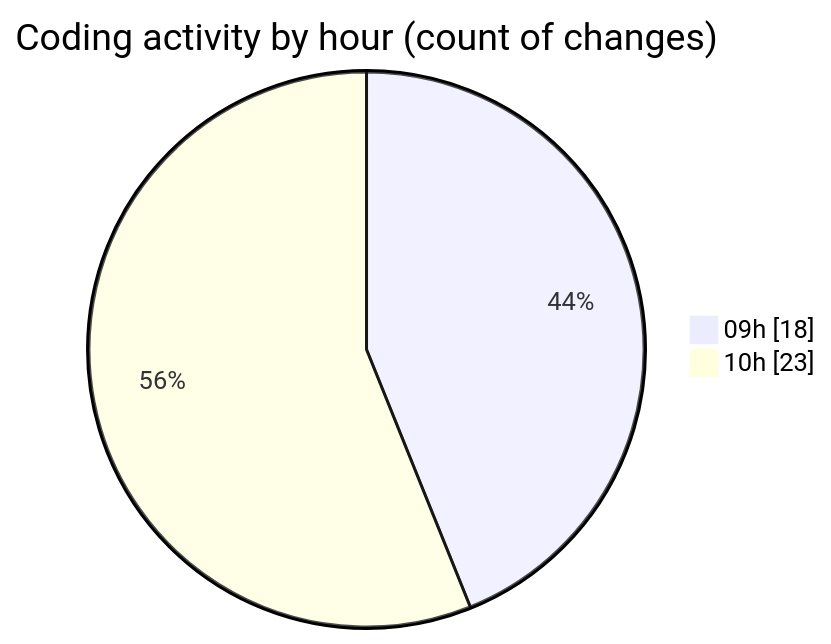
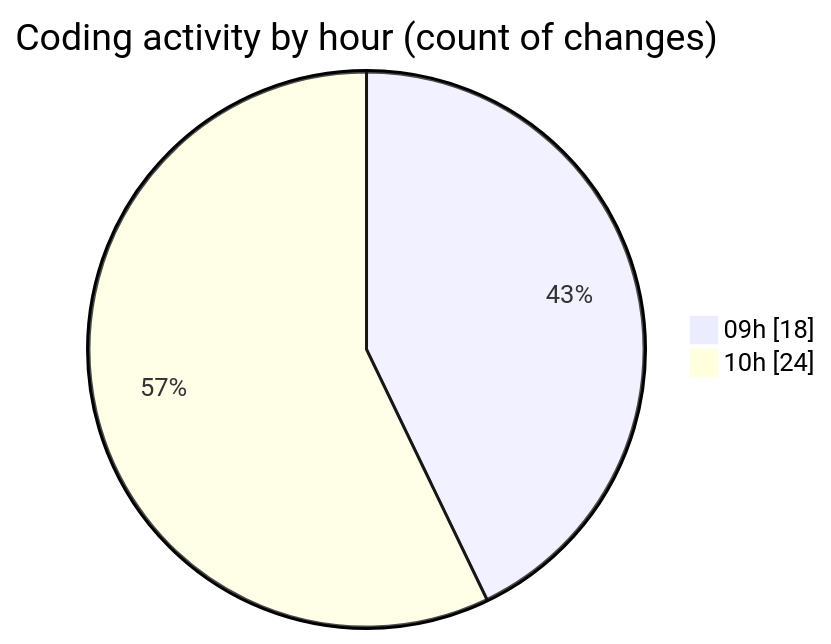
Before and after one commit to momahboobian/code-tracking: the second of 2 diagrams in 2025-09-16/cda/README.md, drawn with Mermaid. The commit also changed other lines of this file and 1 other file, not shown here.

````diff
--- a/2025-09-16/cda/README.md
+++ b/2025-09-16/cda/README.md
@@ -31,6 +31,6 @@
 ```mermaid
 pie showData
 title Coding activity by hour (count of changes)
 "09h" : 18
-"10h" : 23
+"10h" : 24
 ```
````
